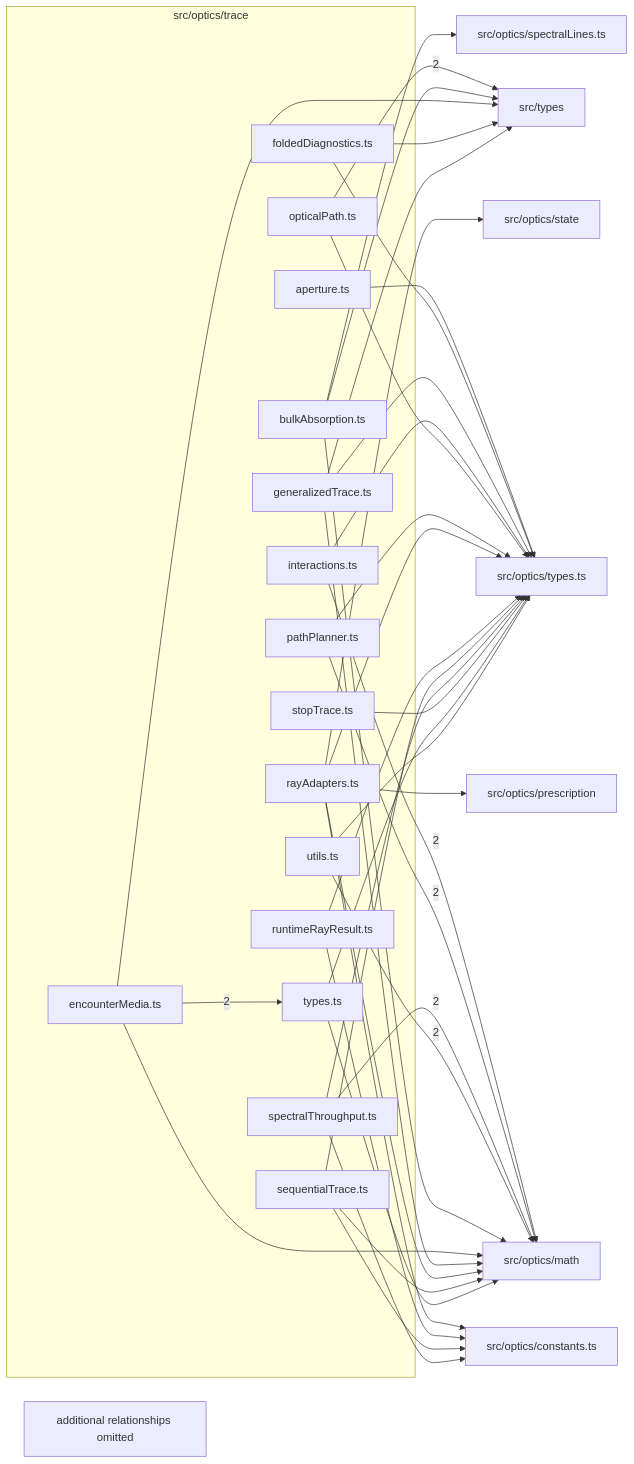
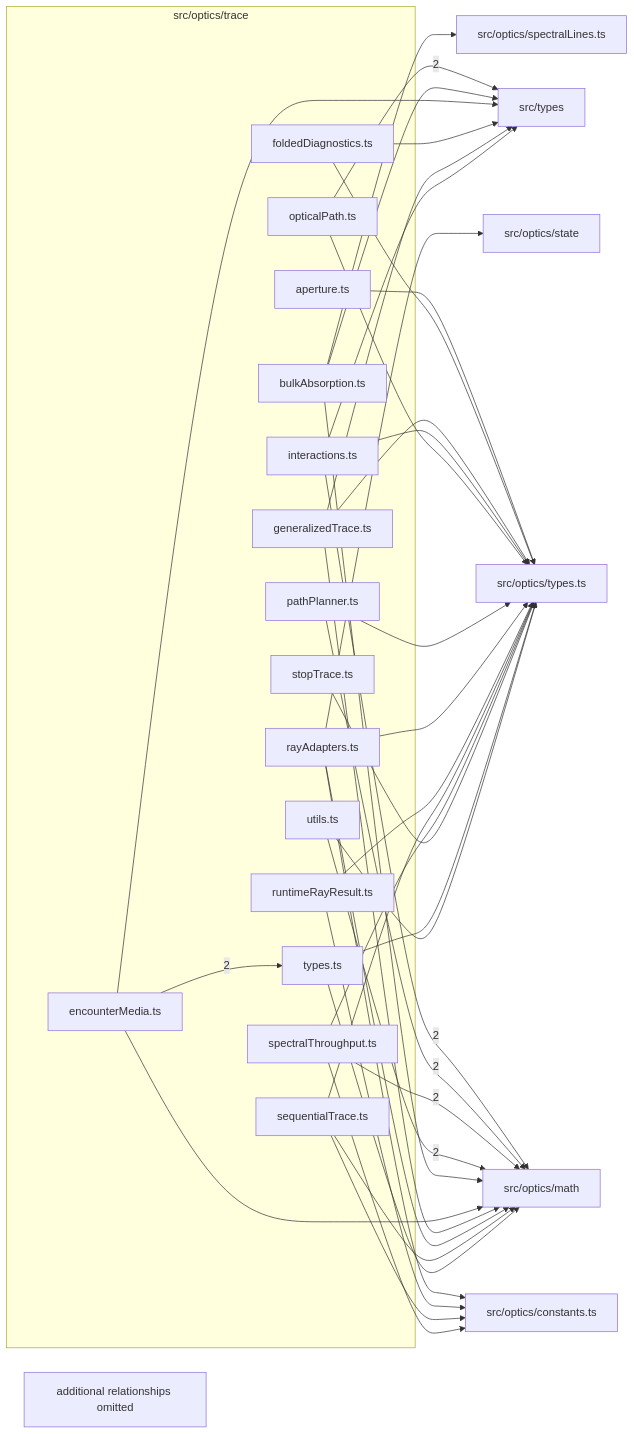
Before and after one commit to ronbuening/LensVisualizer: the diagram in src/optics/trace/readme.md, drawn with Mermaid. The commit also changed other lines of this file and 29 other files, not shown here.

````diff
--- a/src/optics/trace/readme.md
+++ b/src/optics/trace/readme.md
@@ -9,64 +9,63 @@
 ```mermaid
 flowchart LR
   subgraph n_src_optics_trace["src/optics/trace"]
     n_src_optics_trace_src_optics_trace_aperture_ts["aperture.ts"]
     n_src_optics_trace_src_optics_trace_bulkAbsorption_ts["bulkAbsorption.ts"]
     n_src_optics_trace_src_optics_trace_encounterMedia_ts["encounterMedia.ts"]
     n_src_optics_trace_src_optics_trace_foldedDiagnostics_ts["foldedDiagnostics.ts"]
     n_src_optics_trace_src_optics_trace_generalizedTrace_ts["generalizedTrace.ts"]
     n_src_optics_trace_src_optics_trace_interactions_ts["interactions.ts"]
     n_src_optics_trace_src_optics_trace_opticalPath_ts["opticalPath.ts"]
     n_src_optics_trace_src_optics_trace_pathPlanner_ts["pathPlanner.ts"]
     n_src_optics_trace_src_optics_trace_rayAdapters_ts["rayAdapters.ts"]
     n_src_optics_trace_src_optics_trace_runtimeRayResult_ts["runtimeRayResult.ts"]
     n_src_optics_trace_src_optics_trace_sequentialTrace_ts["sequentialTrace.ts"]
     n_src_optics_trace_src_optics_trace_spectralThroughput_ts["spectralThroughput.ts"]
     n_src_optics_trace_src_optics_trace_stopTrace_ts["stopTrace.ts"]
     n_src_optics_trace_src_optics_trace_types_ts["types.ts"]
     n_src_optics_trace_src_optics_trace_utils_ts["utils.ts"]
   end
   n_external_src_optics_math["src/optics/math"]
   n_external_src_types["src/types"]
   n_external_src_optics_constants_ts["src/optics/constants.ts"]
-  n_external_src_optics_prescription["src/optics/prescription"]
   n_external_src_optics_spectralLines_ts["src/optics/spectralLines.ts"]
   n_external_src_optics_state["src/optics/state"]
   n_external_src_optics_types_ts["src/optics/types.ts"]
   n_src_optics_trace_src_optics_trace_interactions_ts --> |2| n_external_src_optics_math
   n_src_optics_trace_src_optics_trace_pathPlanner_ts --> |2| n_external_src_optics_math
   n_src_optics_trace_src_optics_trace_spectralThroughput_ts --> |2| n_external_src_optics_math
   n_src_optics_trace_src_optics_trace_utils_ts --> |2| n_external_src_optics_math
   n_src_optics_trace_src_optics_trace_opticalPath_ts --> |2| n_external_src_types
   n_src_optics_trace_src_optics_trace_encounterMedia_ts --> |2| n_src_optics_trace_src_optics_trace_types_ts
   n_src_optics_trace_src_optics_trace_rayAdapters_ts --> n_external_src_optics_constants_ts
   n_src_optics_trace_src_optics_trace_runtimeRayResult_ts --> n_external_src_optics_constants_ts
   n_src_optics_trace_src_optics_trace_sequentialTrace_ts --> n_external_src_optics_constants_ts
   n_src_optics_trace_src_optics_trace_spectralThroughput_ts --> n_external_src_optics_constants_ts
   n_src_optics_trace_src_optics_trace_bulkAbsorption_ts --> n_external_src_optics_math
   n_src_optics_trace_src_optics_trace_encounterMedia_ts --> n_external_src_optics_math
   n_src_optics_trace_src_optics_trace_generalizedTrace_ts --> n_external_src_optics_math
   n_src_optics_trace_src_optics_trace_rayAdapters_ts --> n_external_src_optics_math
   n_src_optics_trace_src_optics_trace_sequentialTrace_ts --> n_external_src_optics_math
   n_src_optics_trace_src_optics_trace_types_ts --> n_external_src_optics_math
-  n_src_optics_trace_src_optics_trace_rayAdapters_ts --> n_external_src_optics_prescription
   n_src_optics_trace_src_optics_trace_bulkAbsorption_ts --> n_external_src_optics_spectralLines_ts
   n_src_optics_trace_src_optics_trace_rayAdapters_ts --> n_external_src_optics_state
   n_src_optics_trace_src_optics_trace_aperture_ts --> n_external_src_optics_types_ts
   n_src_optics_trace_src_optics_trace_foldedDiagnostics_ts --> n_external_src_optics_types_ts
   n_src_optics_trace_src_optics_trace_generalizedTrace_ts --> n_external_src_optics_types_ts
   n_src_optics_trace_src_optics_trace_interactions_ts --> n_external_src_optics_types_ts
   n_src_optics_trace_src_optics_trace_opticalPath_ts --> n_external_src_optics_types_ts
   n_src_optics_trace_src_optics_trace_pathPlanner_ts --> n_external_src_optics_types_ts
   n_src_optics_trace_src_optics_trace_rayAdapters_ts --> n_external_src_optics_types_ts
   n_src_optics_trace_src_optics_trace_runtimeRayResult_ts --> n_external_src_optics_types_ts
   n_src_optics_trace_src_optics_trace_sequentialTrace_ts --> n_external_src_optics_types_ts
   n_src_optics_trace_src_optics_trace_spectralThroughput_ts --> n_external_src_optics_types_ts
   n_src_optics_trace_src_optics_trace_stopTrace_ts --> n_external_src_optics_types_ts
   n_src_optics_trace_src_optics_trace_types_ts --> n_external_src_optics_types_ts
   n_src_optics_trace_src_optics_trace_utils_ts --> n_external_src_optics_types_ts
   n_src_optics_trace_src_optics_trace_bulkAbsorption_ts --> n_external_src_types
   n_src_optics_trace_src_optics_trace_encounterMedia_ts --> n_external_src_types
   n_src_optics_trace_src_optics_trace_foldedDiagnostics_ts --> n_external_src_types
   n_src_optics_trace_src_optics_trace_generalizedTrace_ts --> n_external_src_types
+  n_src_optics_trace_src_optics_trace_interactions_ts --> n_external_src_types
   n_src_optics_trace_truncated["additional relationships omitted"]
 ```
````
